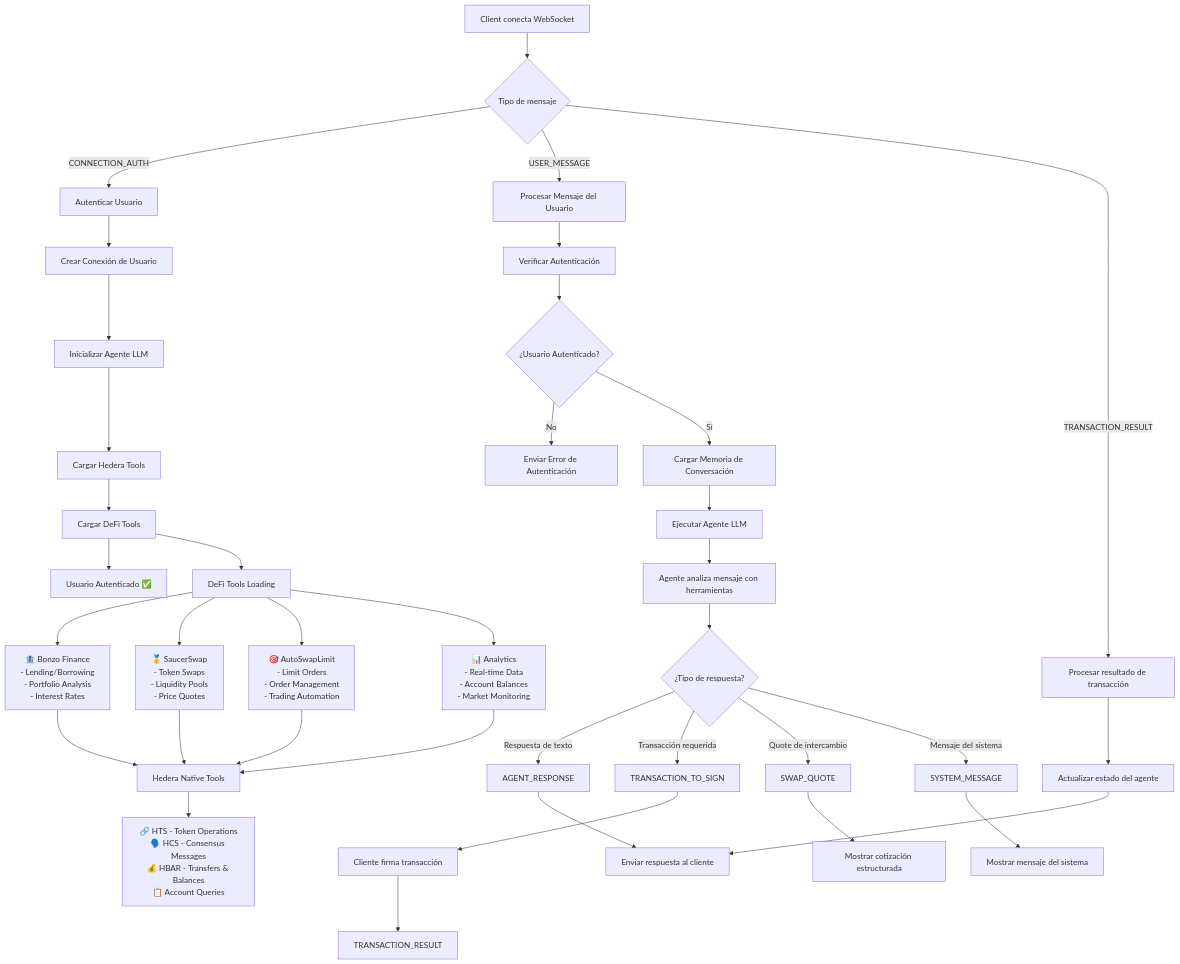
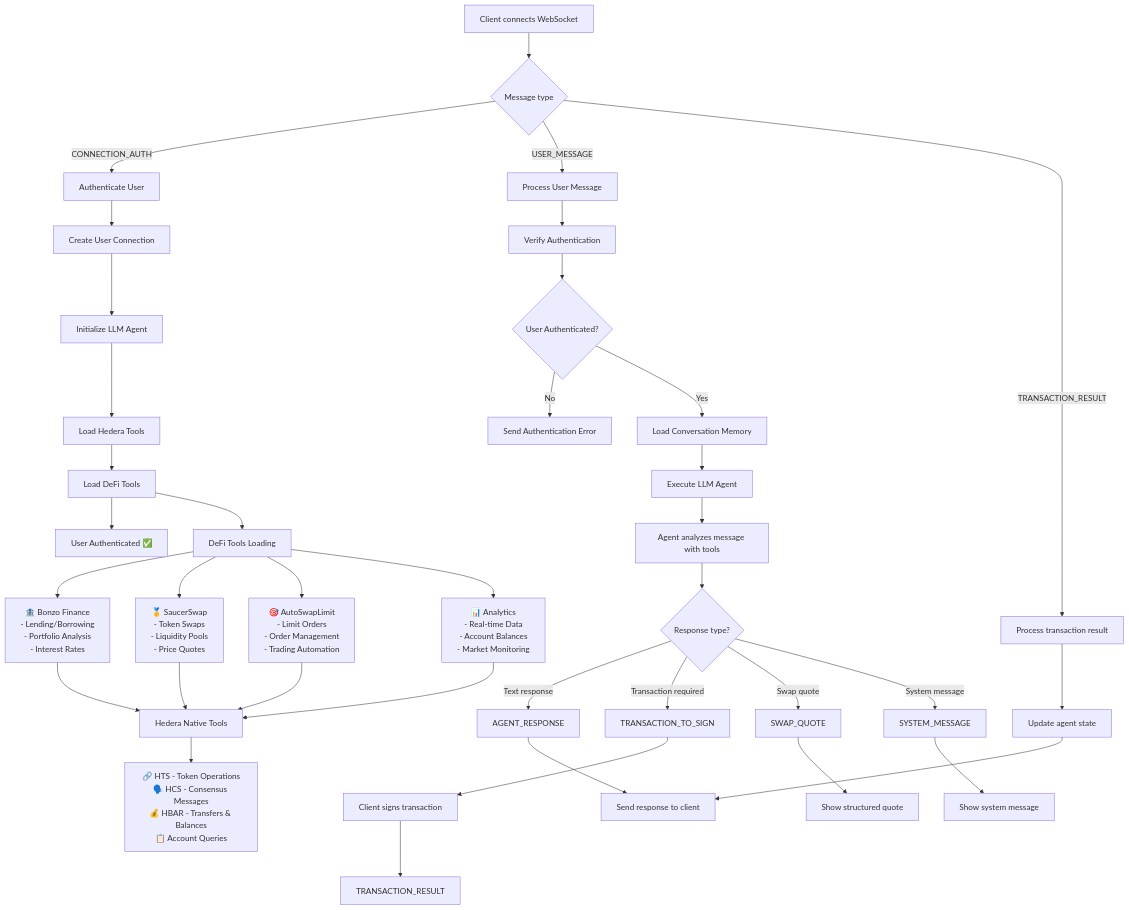
Before and after one commit to rofergon/Agentra: the diagram in README.md, drawn with Mermaid.

Commit message:
Update README for improved clarity and consistency in agent flow diagram
- Translated and updated the agent flow diagram from Spanish to English for better accessibility.
- Enhanced the descriptions of each step in the WebSocket communication process, ensuring clarity in user interactions and agent responses.
- Improved overall readability and consistency in terminology throughout the diagram, aligning with recent documentation updates.

````diff
--- a/README.md
+++ b/README.md
@@ -91,48 +91,48 @@
 ```mermaid
 graph TD
-    A[Client conecta WebSocket] --> B{Tipo de mensaje}
+    A[Client connects WebSocket] --> B{Message type}
     
-    B -->|CONNECTION_AUTH| C[Autenticar Usuario]
-    C --> D[Crear Conexión de Usuario]
-    D --> E[Inicializar Agente LLM]
-    E --> F[Cargar Hedera Tools]
-    F --> G[Cargar DeFi Tools]
-    G --> H[Usuario Autenticado ✅]
+    B -->|CONNECTION_AUTH| C[Authenticate User]
+    C --> D[Create User Connection]
+    D --> E[Initialize LLM Agent]
+    E --> F[Load Hedera Tools]
+    F --> G[Load DeFi Tools]
+    G --> H[User Authenticated ✅]
     
-    B -->|USER_MESSAGE| I[Procesar Mensaje del Usuario]
-    I --> J[Verificar Autenticación]
-    J --> K{¿Usuario Autenticado?}
-    K -->|No| L[Enviar Error de Autenticación]
-    K -->|Sí| M[Cargar Memoria de Conversación]
-    M --> N[Ejecutar Agente LLM]
-    N --> O[Agente analiza mensaje con herramientas]
+    B -->|USER_MESSAGE| I[Process User Message]
+    I --> J[Verify Authentication]
+    J --> K{User Authenticated?}
+    K -->|No| L[Send Authentication Error]
+    K -->|Yes| M[Load Conversation Memory]
+    M --> N[Execute LLM Agent]
+    N --> O[Agent analyzes message with tools]
     
-    O --> P{¿Tipo de respuesta?}
-    P -->|Respuesta de texto| Q[AGENT_RESPONSE]
-    P -->|Transacción requerida| R[TRANSACTION_TO_SIGN]
-    P -->|Quote de intercambio| S[SWAP_QUOTE]
-    P -->|Mensaje del sistema| T[SYSTEM_MESSAGE]
+    O --> P{Response type?}
+    P -->|Text response| Q[AGENT_RESPONSE]
+    P -->|Transaction required| R[TRANSACTION_TO_SIGN]
+    P -->|Swap quote| S[SWAP_QUOTE]
+    P -->|System message| T[SYSTEM_MESSAGE]
     
-    Q --> U[Enviar respuesta al cliente]
-    R --> V[Cliente firma transacción]
-    S --> W[Mostrar cotización estructurada]
-    T --> X[Mostrar mensaje del sistema]
+    Q --> U[Send response to client]
+    R --> V[Client signs transaction]
+    S --> W[Show structured quote]
+    T --> X[Show system message]
     
     V --> Y[TRANSACTION_RESULT]
-    B -->|TRANSACTION_RESULT| Z[Procesar resultado de transacción]
-    Z --> AA[Actualizar estado del agente]
+    B -->|TRANSACTION_RESULT| Z[Process transaction result]
+    Z --> AA[Update agent state]
     AA --> U
     
     G --> BB[DeFi Tools Loading]
     BB --> CC[🏦 Bonzo Finance<br/>- Lending/Borrowing<br/>- Portfolio Analysis<br/>- Interest Rates]
     BB --> DD[🥇 SaucerSwap<br/>- Token Swaps<br/>- Liquidity Pools<br/>- Price Quotes]
     BB --> EE[🎯 AutoSwapLimit<br/>- Limit Orders<br/>- Order Management<br/>- Trading Automation]
     BB --> FF[📊 Analytics<br/>- Real-time Data<br/>- Account Balances<br/>- Market Monitoring]
     
     CC --> GG[Hedera Native Tools]
     DD --> GG
     EE --> GG
     FF --> GG
     
     GG --> HH[🔗 HTS - Token Operations<br/>🗣️ HCS - Consensus Messages<br/>💰 HBAR - Transfers & Balances<br/>📋 Account Queries]
 ```
````
